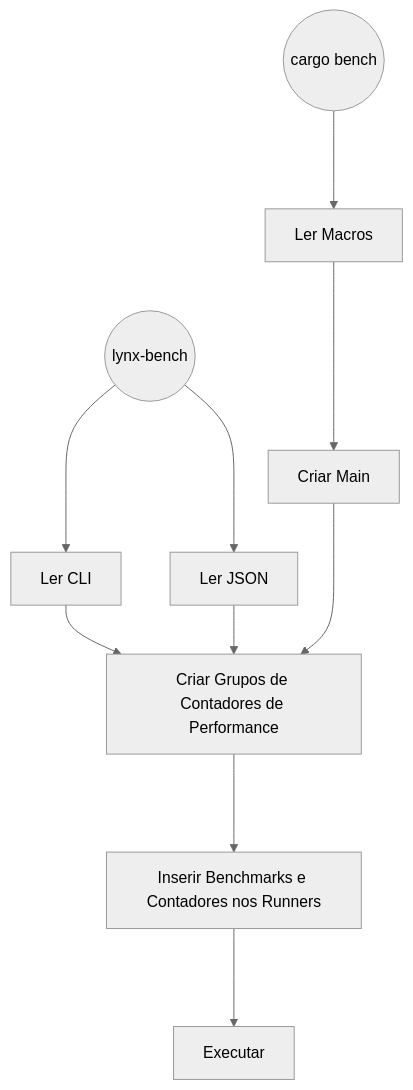
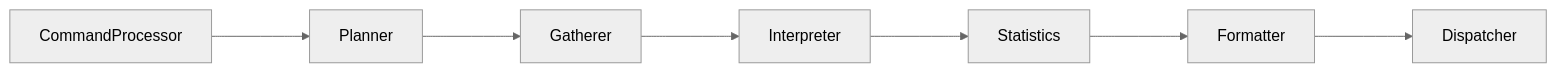
One commit to elmaximooficial/elmaximooficial.github.io changed the diagram in Projetos/Lynx/RFCs/Lynx Bench.md. Above: the diagram before and after it, drawn with Mermaid (neutral theme). The commit also changed other lines of this file and 8 other files, not shown here.

Commit message:
Refatorado o Lynx-bench

````diff
--- a/Projetos/Lynx/RFCs/Lynx Bench.md
+++ b/Projetos/Lynx/RFCs/Lynx Bench.md
@@ -8,12 +5,4 @@
 ```mermaid
-  flowchart TD
-    A((lynx-bench))--->B[Ler CLI]
-    B-->G
-    D((cargo bench))--->E[Ler Macros]
-    E--->F[Criar Main]
-    F--->G[Criar Grupos de Contadores de Performance]
-    G--->H[Inserir Benchmarks e Contadores nos Runners]
-    H--->I[Executar]
-    A--->C[Ler JSON]
-    C-->G
+	flowchart LR
+		A[CommandProcessor] ---> B[Planner] ---> C[Gatherer] ---> D[Interpreter] ---> E[Statistics] ---> F[Formatter] ---> G[Dispatcher]
 ```
````
